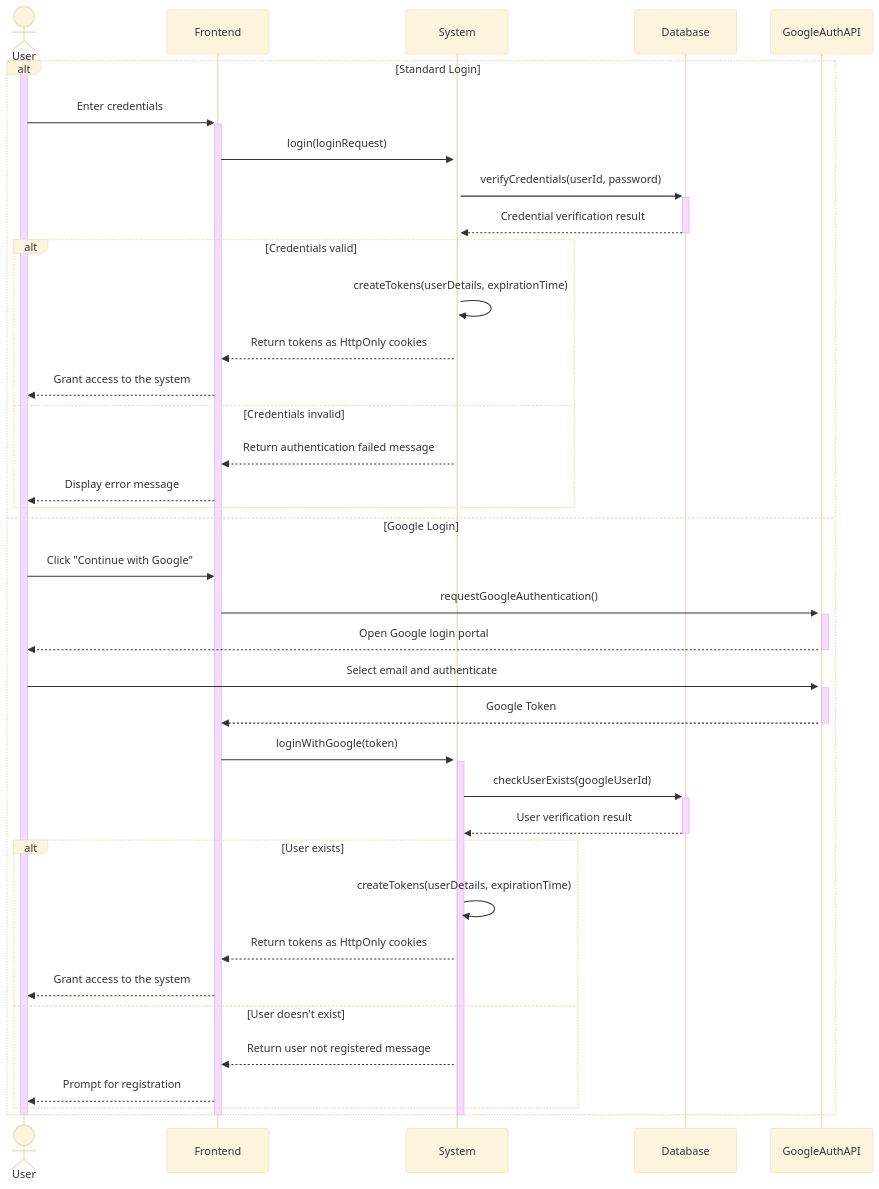
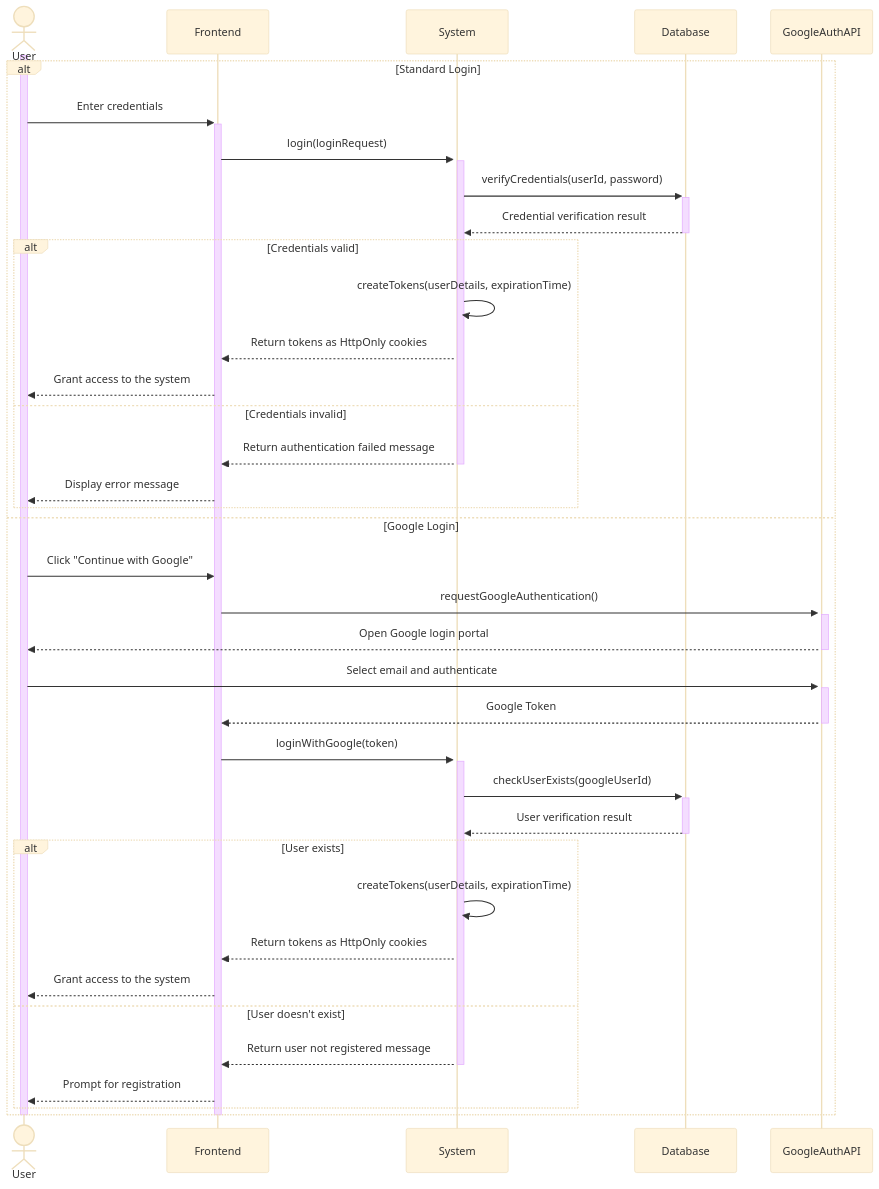
Before and after one commit to Shaar03/Diagrams: the diagram in login.mermaid, drawn with Mermaid (base theme).

Commit message:
activation box

```diff
--- a/login.mermaid
+++ b/login.mermaid
@@ -1,44 +1,46 @@
 sequenceDiagram
     actor User
     participant Frontend
     participant System
     participant Database
     participant GoogleAuthAPI
 
     activate User
     alt Standard Login
         User->>+Frontend: Enter credentials
         Frontend->>+System: login(loginRequest)
+        activate System
         System->>+Database: verifyCredentials(userId, password)
         Database-->>-System: Credential verification result
         alt Credentials valid
             System->>System: createTokens(userDetails, expirationTime)
             System-->>Frontend: Return tokens as HttpOnly cookies
             Frontend-->>User: Grant access to the system
         else Credentials invalid
             System-->>Frontend: Return authentication failed message
+            deactivate System
             Frontend-->>User: Display error message
         end
     else Google Login
         User->>Frontend: Click "Continue with Google"
         Frontend->>+GoogleAuthAPI: requestGoogleAuthentication()
         activate GoogleAuthAPI
         GoogleAuthAPI-->>User: Open Google login portal
         deactivate GoogleAuthAPI
         User->>+GoogleAuthAPI: Select email and authenticate
         GoogleAuthAPI-->>-Frontend: Google Token
         Frontend->>+System: loginWithGoogle(token)
         System->>+Database: checkUserExists(googleUserId)
         Database-->>-System: User verification result
         alt User exists
             System->>System: createTokens(userDetails, expirationTime)
             System-->>Frontend: Return tokens as HttpOnly cookies
             Frontend-->>User: Grant access to the system
         else User doesn't exist
             System-->>Frontend: Return user not registered message
+            deactivate System
             Frontend-->>User: Prompt for registration
         end
     end
-    deactivate System
     deactivate Frontend
     deactivate User
```
